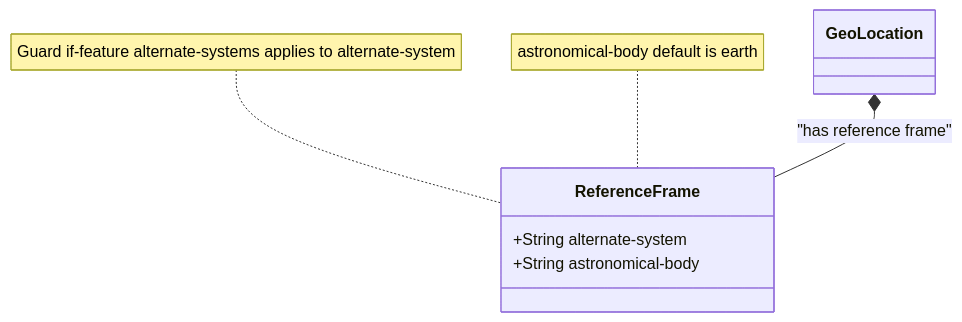
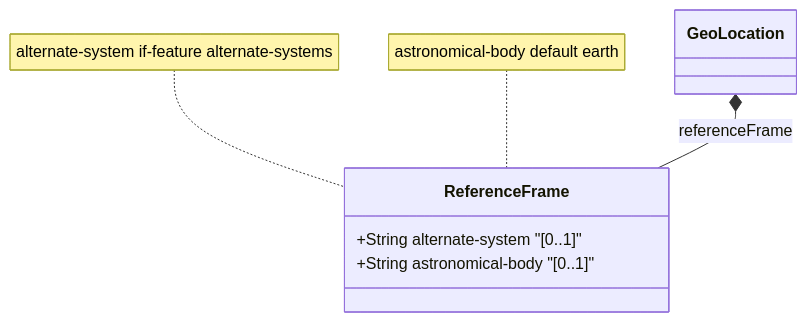
Before and after one commit to gintatkinson/3dgs-032: the diagram in docs/features/feat-02-reference-frame.md, drawn with Mermaid. The commit also changed other lines of this file and 11 other files, not shown here.

Commit message:
docs: update feature and epic specs for geo-location

````diff
--- a/docs/features/feat-02-reference-frame.md
+++ b/docs/features/feat-02-reference-frame.md
@@ -22,12 +22,12 @@
 ```mermaid
 classDiagram
     class GeoLocation {
     }
     class ReferenceFrame {
-        +String alternate-system
-        +String astronomical-body
+        +String alternate-system "[0..1]"
+        +String astronomical-body "[0..1]"
     }
-    note for ReferenceFrame "Guard if-feature alternate-systems applies to alternate-system"
-    note for ReferenceFrame "astronomical-body default is earth"
-    GeoLocation *-- ReferenceFrame : "has reference frame"
+    note for ReferenceFrame "alternate-system if-feature alternate-systems"
+    note for ReferenceFrame "astronomical-body default earth"
+    GeoLocation *-- ReferenceFrame : referenceFrame
 ```
````
